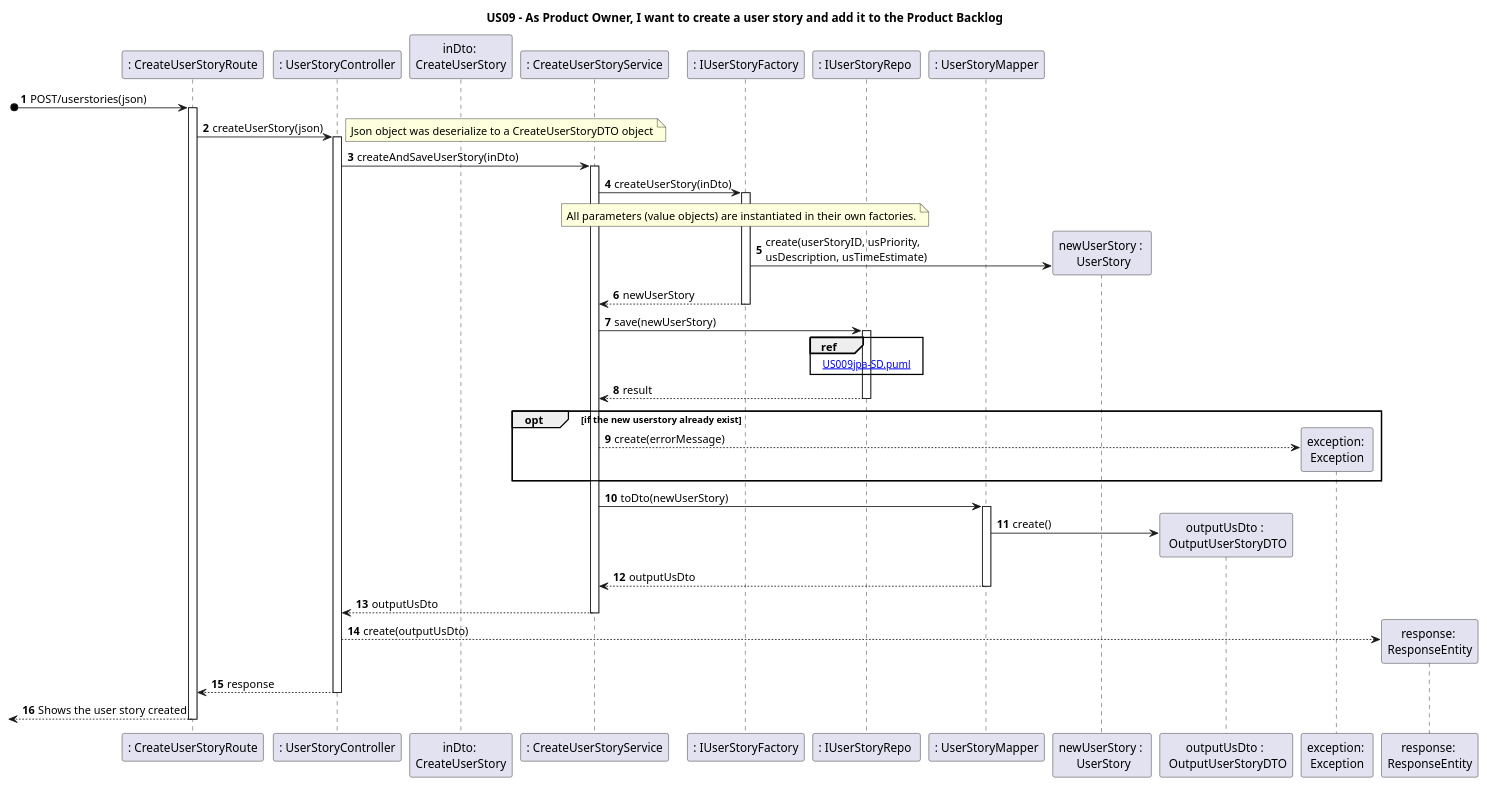
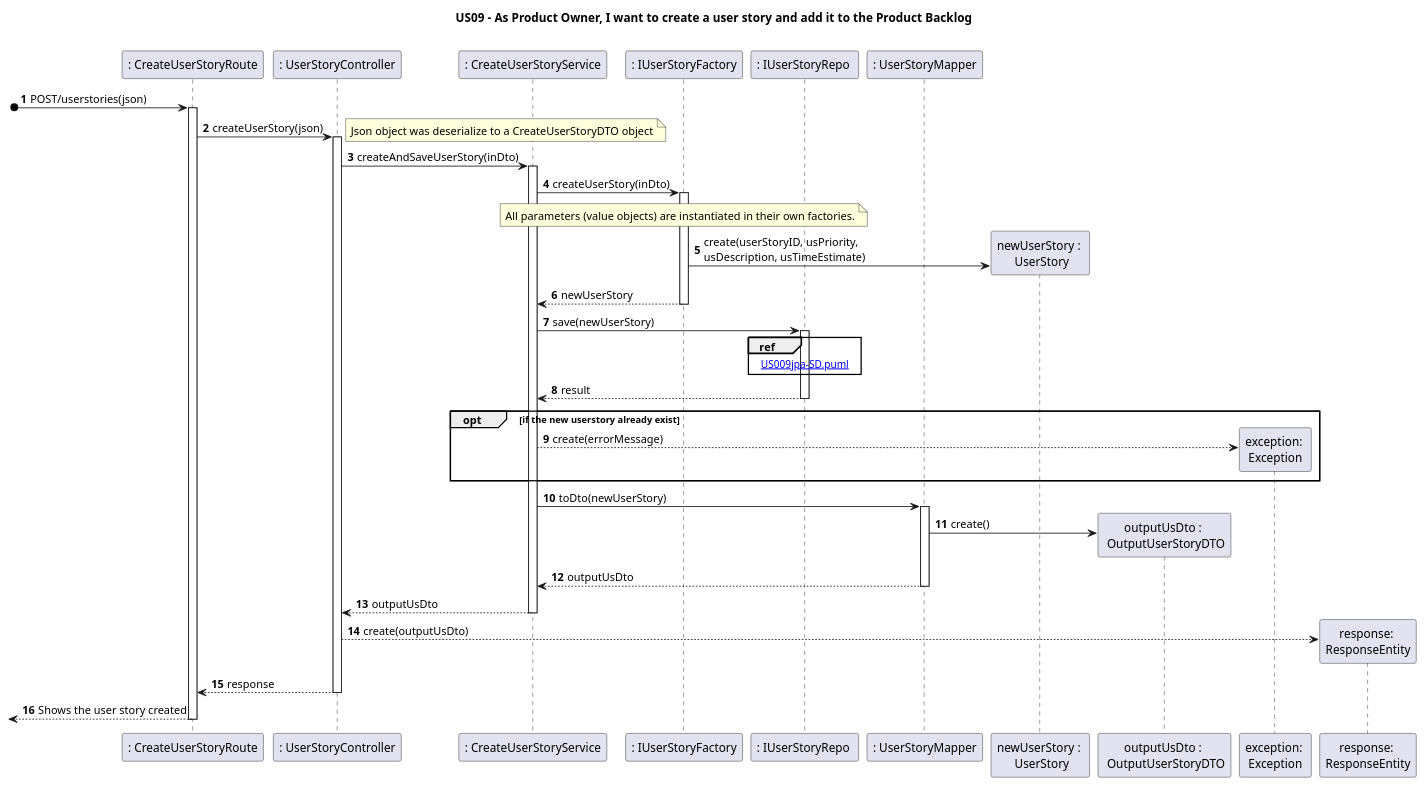
Before and after one commit to nunogon1211787/projectManagement: the diagram in docs/Sprint1/US009/US009RE-SD.puml, drawn with PlantUML. The commit also changed 335 other files, not shown here.

```diff
--- a/docs/Sprint1/US009/US009RE-SD.puml
+++ b/docs/Sprint1/US009/US009RE-SD.puml
@@ -1,51 +1,50 @@
 @startuml
 'https://plantuml.com/sequence-diagram
 
 title US09 - As Product Owner, I want to create a user story and add it to the Product Backlog
 
 autoactivate on
 autonumber
 
 
 participant ": CreateUserStoryRoute" as System
 participant ": UserStoryController" as Ctrl
-participant "inDto: \nCreateUserStory" as dto
 participant ": CreateUserStoryService" as appService
 participant ": IUserStoryFactory" as factory
 participant ": IUserStoryRepo " as usStore
 participant ": UserStoryMapper" as usMapper
 participant "newUserStory : \n UserStory" as us
 participant "outputUsDto : \n OutputUserStoryDTO" as outDto
 participant "exception: \nException" as exc
 participant "response: \nResponseEntity" as json
 
 
 
 [o-> System: POST/userstories(json)
 System -> Ctrl: createUserStory(json)
 note right
 Json object was deserialize to a CreateUserStoryDTO object
 end note
 Ctrl -> appService: createAndSaveUserStory(inDto)
 appService -> factory:  createUserStory(inDto)
 
 note over factory : All parameters (value objects) are instantiated in their own factories.
 
 factory -> us **: create(userStoryID, usPriority, \nusDescription, usTimeEstimate)
 factory --> appService: newUserStory
 
 appService-> usStore: save(newUserStory)
 ref over usStore: [[US009jpa-SD.puml]]
 usStore --> appService : result
 opt if the new userstory already exist
 appService --> exc** : create(errorMessage)
 end
 appService-> usMapper : toDto(newUserStory)
 usMapper-> outDto **:create()
 usMapper --> appService: outputUsDto
 appService --> Ctrl: outputUsDto
 Ctrl --> json**: create(outputUsDto)
 Ctrl --> System: response
 [<--System : Shows the user story created
 
 @enduml
```
